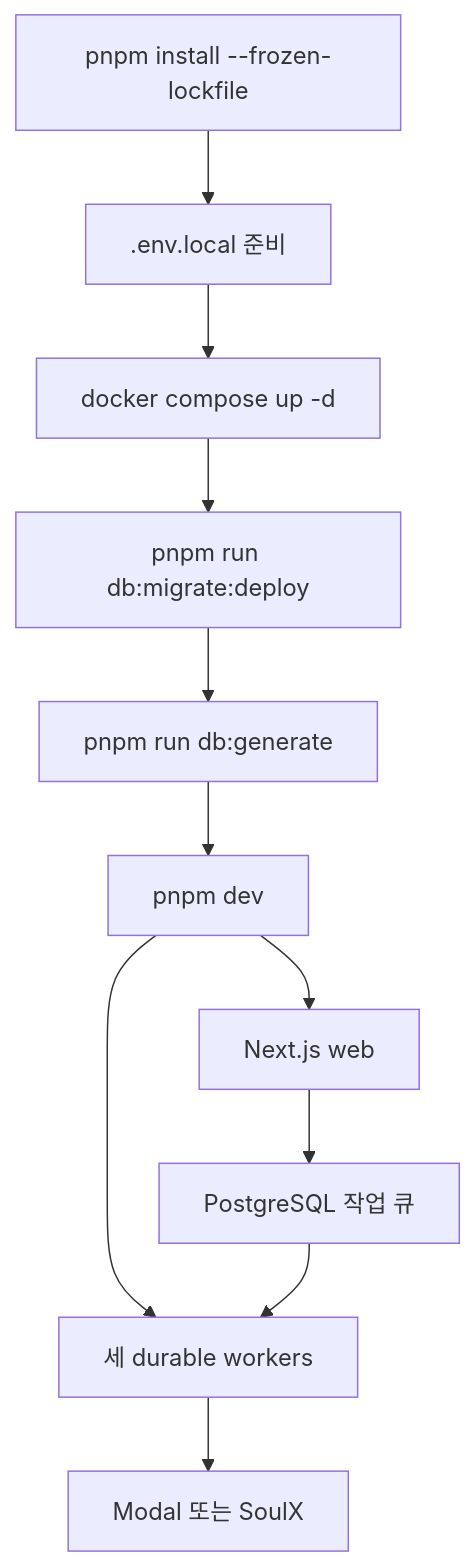
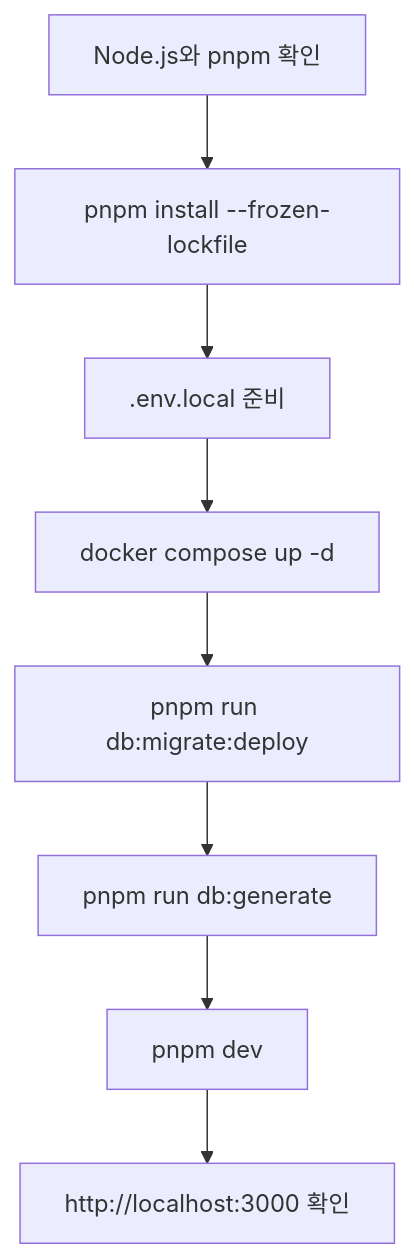
Before and after one commit to leey00nsu/copy-singer: the diagram in openwiki/quickstart.md, drawn with Mermaid. The commit also changed other lines of this file and 57 other files, not shown here.

````diff
--- a/openwiki/quickstart.md
+++ b/openwiki/quickstart.md
@@ -46,13 +60,10 @@
 ```mermaid
 flowchart TD
-  Install["pnpm install --frozen-lockfile"] --> Env[".env.local 준비"]
-  Env --> DB["docker compose up -d"]
-  DB --> Migration["pnpm run db:migrate:deploy"]
-  Migration --> Generate["pnpm run db:generate"]
-  Generate --> Dev["pnpm dev"]
-  Dev --> Web["Next.js web"]
-  Dev --> Workers["세 durable workers"]
-  Web --> Queue["PostgreSQL 작업 큐"]
-  Queue --> Workers
-  Workers --> External["Modal 또는 SoulX"]
+    A["Node.js와 pnpm 확인"] --> B["pnpm install --frozen-lockfile"]
+    B --> C[".env.local 준비"]
+    C --> D["docker compose up -d"]
+    D --> E["pnpm run db:migrate:deploy"]
+    E --> F["pnpm run db:generate"]
+    F --> G["pnpm dev"]
+    G --> H["http://localhost:3000 확인"]
 ```
````
